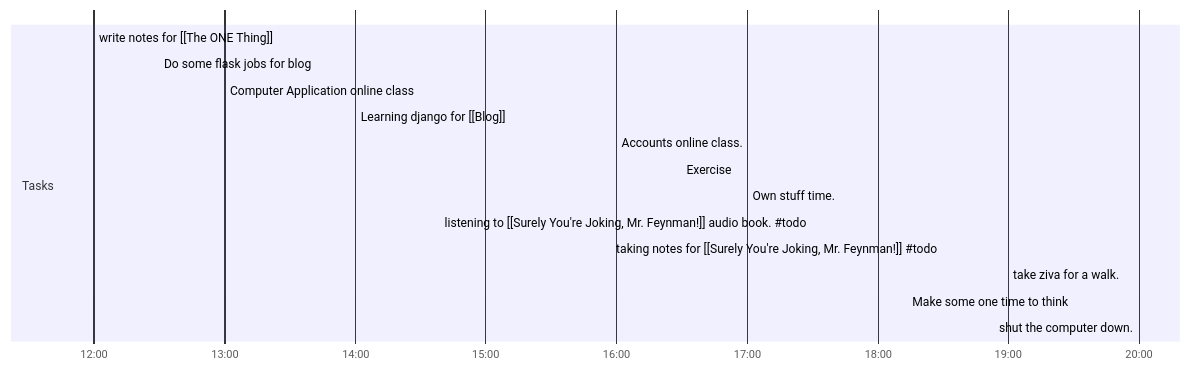
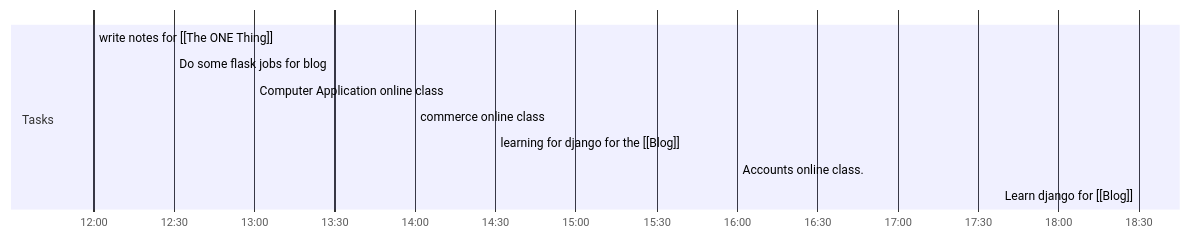
Before and after one commit to terminal-guy/Notes: the diagram in Day Planners/Day Planner-20210629.md, drawn with Mermaid. The commit also changed other lines of this file and 33 other files, not shown here.

````diff
--- a/Day Planners/Day Planner-20210629.md
+++ b/Day Planners/Day Planner-20210629.md
@@ -2,21 +2,16 @@
 ```mermaid
 gantt
     dateFormat  HH-mm
     axisFormat %H:%M
-    %% Current Time: 2:03:44 PM
+    %% Current Time: 8:35:04 PM
     section Tasks
     write notes for [[The ONE Thing]]     :12-00, 30mm
     Do some flask jobs for blog     :12-30, 30mm
     Computer Application online class     :13-00, 60mm
-    Learning django for [[Blog]]     :14-00, 120mm
-    Accounts online class.     :16-00, 30mm
-    Exercise     :16-30, 30mm
-    Own stuff time.     :17-00, 30mm
-    listening to [[Surely You're Joking, Mr. Feynman!]] audio book. #35;todo     :17-30, 60mm
-    taking notes for [[Surely You're Joking, Mr. Feynman!]] #35;todo     :18-30, 30mm
-    take ziva for a walk.     :19-00, 30mm
-    Make some one time to think     :19-30, 30mm
-    shut the computer down.     :20-00, 0mm
+    commerce online class     :14-00, 30mm
+    learning for django for the [[Blog]]     :14-30, 90mm
+    Accounts online class.     :16-00, 150mm
+    Learn django for [[Blog]]     :18-30, 0mm
     section Breaks
 
 ```
````
